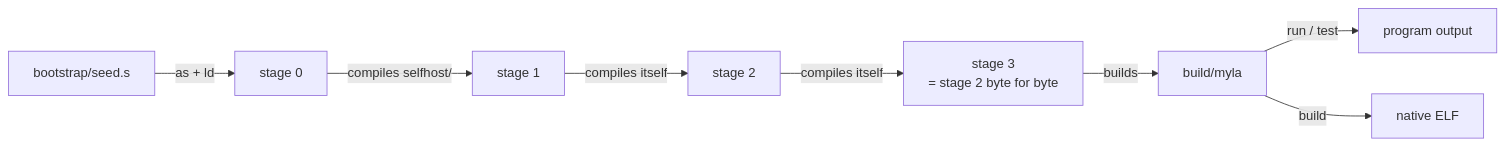
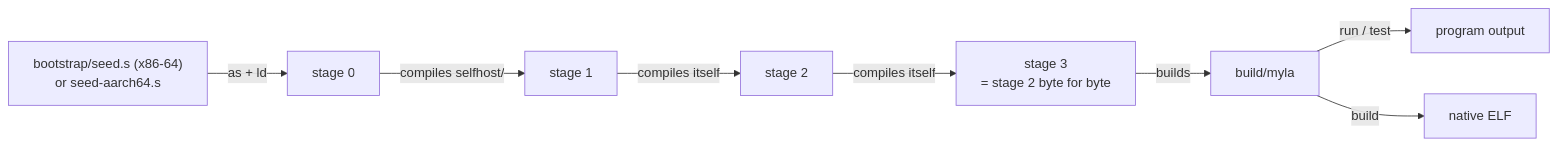
The diagram in docs/Home.md (h3ll5ur7er/myla), drawn with Mermaid before and after one commit. The commit also changed other lines of this file and 31 other files, not shown here.

````diff
--- a/docs/Home.md
+++ b/docs/Home.md
@@ -54,9 +54,9 @@
 ```mermaid
 flowchart LR
-    seed["bootstrap/seed.s"] -->|"as + ld"| s0["stage 0"]
+    seed["bootstrap/seed.s (x86-64)<br/>or seed-aarch64.s"] -->|"as + ld"| s0["stage 0"]
     s0 -->|compiles selfhost/| s1["stage 1"]
     s1 -->|compiles itself| s2["stage 2"] -->|compiles itself| s3["stage 3<br/>= stage 2 byte for byte"]
     s3 -->|builds| cli["build/myla"]
     cli -->|run / test| out1["program output"]
     cli -->|build| bin1["native ELF"]
 ```
````
